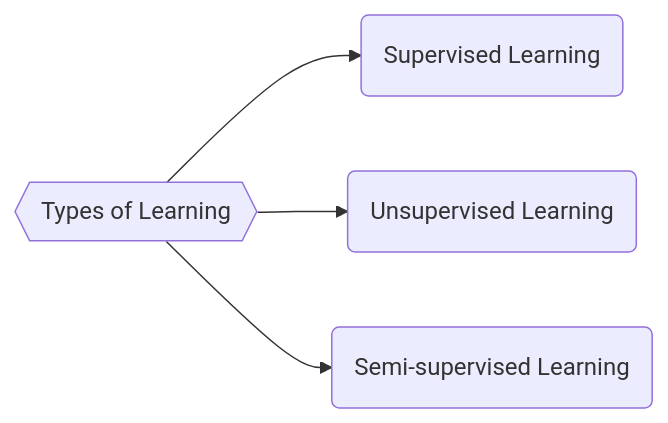
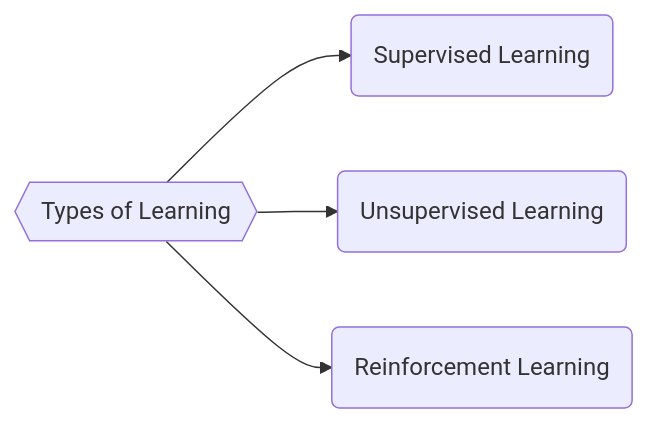
One commit to manavdahra/manavdahra.github.io changed the diagram in posts/aimlj-2-hypothesis.md. Above: the diagram before and after it, drawn with Mermaid. The commit also changed other lines of this file and 3 other files, not shown here.

````diff
--- a/posts/aimlj-2-hypothesis.md
+++ b/posts/aimlj-2-hypothesis.md
@@ -20,6 +20,6 @@
 ```mermaid
 graph LR
     A{{"Types of Learning"}} --> B("Supervised Learning")
     A --> C("Unsupervised Learning")
-    A --> D("Semi-supervised Learning")
+    A --> D("Reinforcement Learning")
 ```
````
